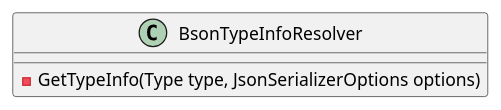
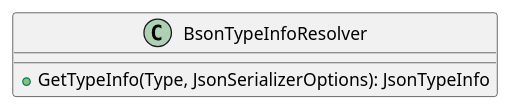
One commit to mwwhited-forks/dotnet-libs changed the third of 5 diagrams in docs/generated/Framework/Eliassen.System/Text/Json/Documentation.md. Above: the diagram before and after it, drawn with PlantUML. The commit also changed other lines of this file and 444 other files, not shown here.

````diff
--- a/docs/generated/Framework/Eliassen.System/Text/Json/Documentation.md
+++ b/docs/generated/Framework/Eliassen.System/Text/Json/Documentation.md
@@ -49,8 +53,7 @@
 ```plantuml
 @startuml
 class BsonTypeInfoResolver {
-  - GetTypeInfo(Type type, JsonSerializerOptions options)
+  + GetTypeInfo(Type, JsonSerializerOptions): JsonTypeInfo
 }
-
 @enduml
 ```
````
